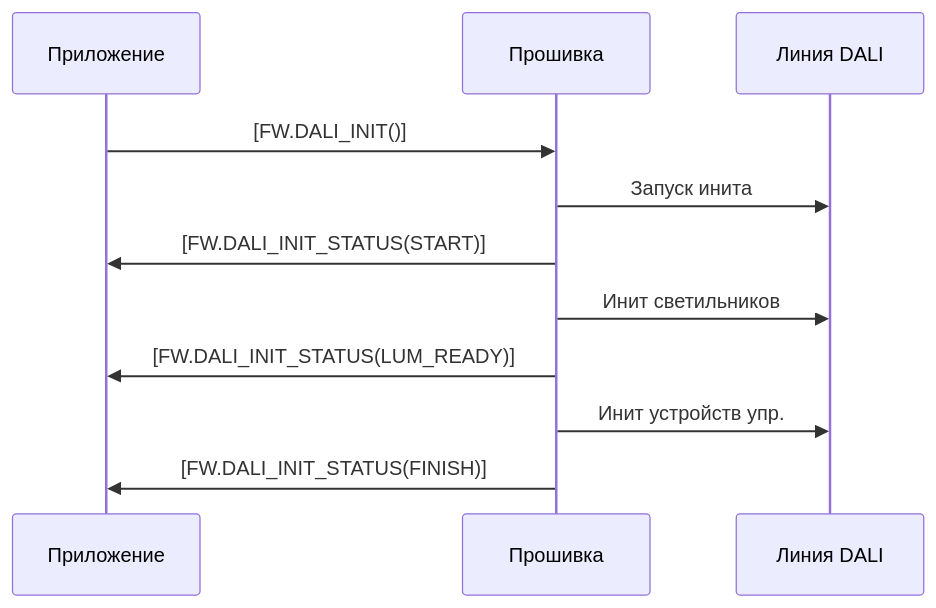
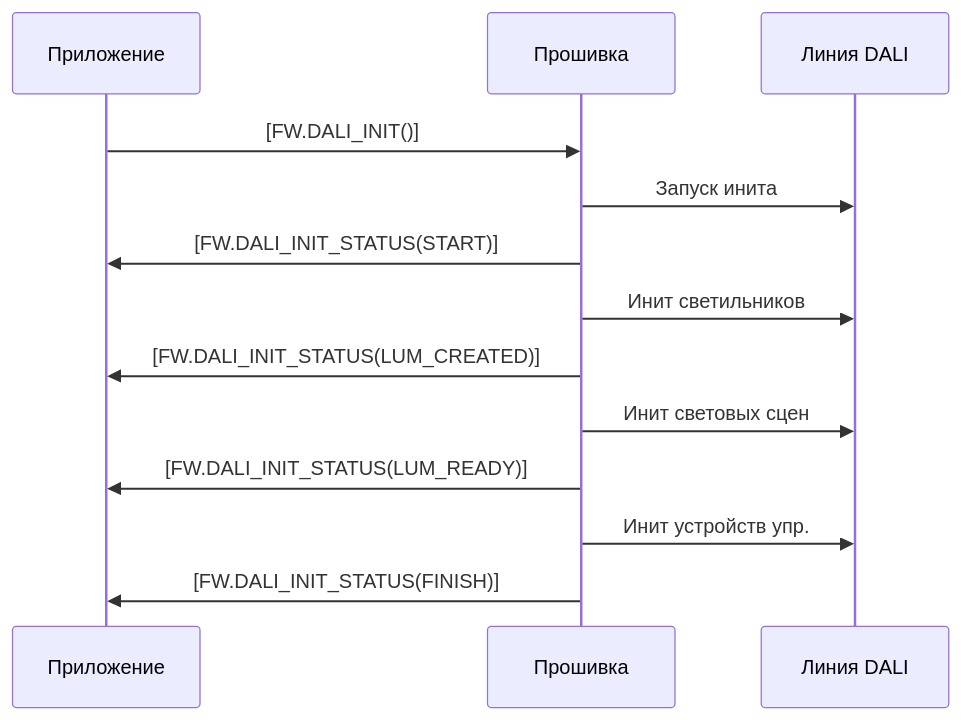
The second of 2 diagrams in PDS/SynapsePDS_FW_Logic.md (KhudyakovAlex/Synapse), drawn with Mermaid before and after one commit. The commit also changed other lines of this file and 6 other files, not shown here.

````diff
--- a/PDS/SynapsePDS_FW_Logic.md
+++ b/PDS/SynapsePDS_FW_Logic.md
@@ -116,14 +116,16 @@
 ```mermaid
 sequenceDiagram
     participant Приложение
     participant Прошивка
     participant Линия DALI
 
     Приложение->>Прошивка:[FW.DALI_INIT()]
     Прошивка->>Линия DALI:Запуск инита
     Прошивка->>Приложение:[FW.DALI_INIT_STATUS(START)]
     Прошивка->>Линия DALI:Инит светильников
+    Прошивка->>Приложение:[FW.DALI_INIT_STATUS(LUM_CREATED)]
+    Прошивка->>Линия DALI:Инит световых сцен
     Прошивка->>Приложение:[FW.DALI_INIT_STATUS(LUM_READY)]
     Прошивка->>Линия DALI:Инит устройств упр.
     Прошивка->>Приложение:[FW.DALI_INIT_STATUS(FINISH)]
 ```
````
